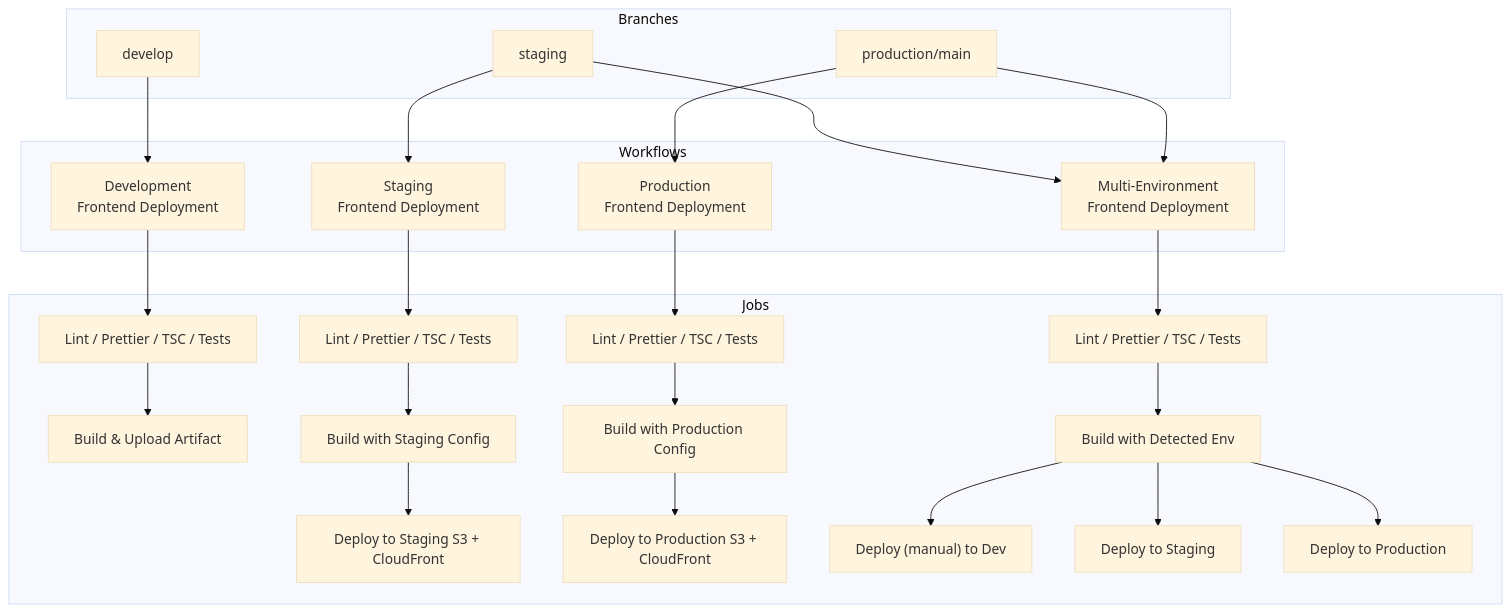
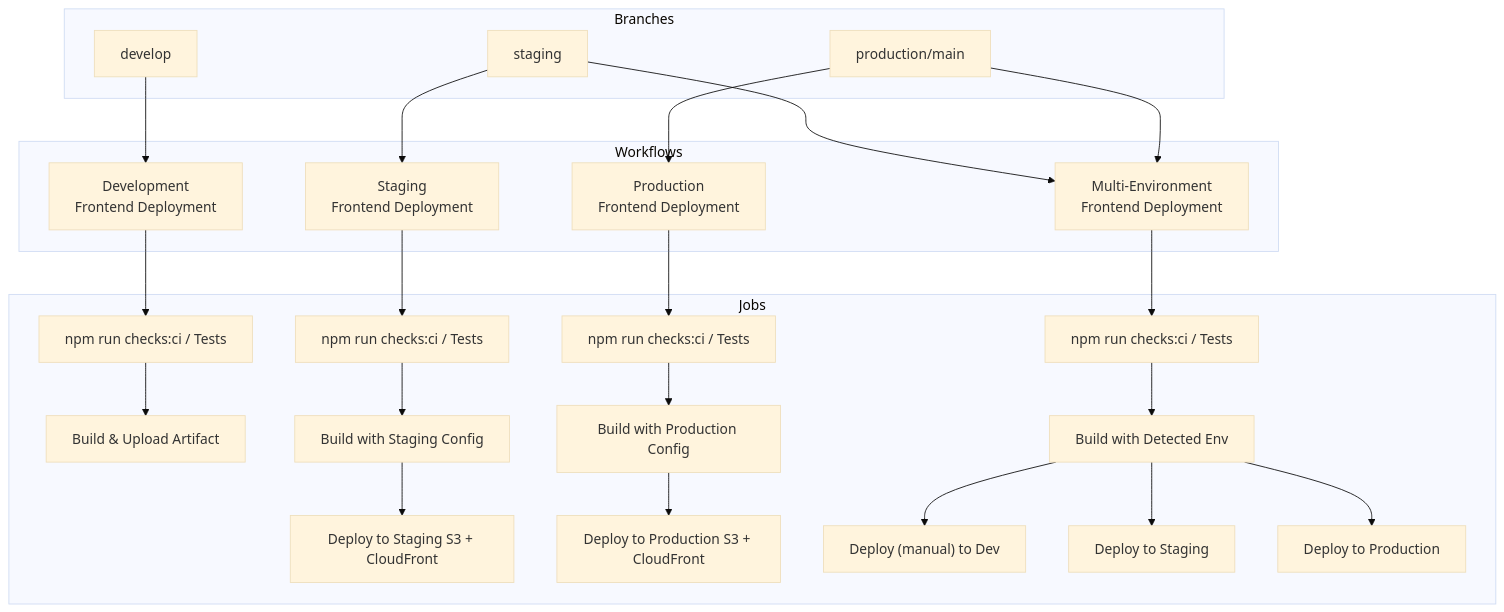
One commit to Allyvia-Teams/allyvia-frontend changed the diagram in WORKFLOW_SUMMARY.md. Above: the diagram before and after it, drawn with Mermaid (base theme). The commit also changed other lines of this file and 10 other files, not shown here.

````diff
--- a/WORKFLOW_SUMMARY.md
+++ b/WORKFLOW_SUMMARY.md
@@ -56,45 +56,45 @@
 ```mermaid
 flowchart TD
     subgraph Branches
         DEV[develop]
         STAGING[staging]
         PROD[production/main]
     end
 
     subgraph Workflows
         DEV_WF["Development<br/>Frontend Deployment"]
         STAGING_WF["Staging<br/>Frontend Deployment"]
         PROD_WF["Production<br/>Frontend Deployment"]
         MULTI_WF["Multi-Environment<br/>Frontend Deployment"]
     end
 
     DEV --> DEV_WF
     STAGING --> STAGING_WF
     PROD --> PROD_WF
     STAGING --> MULTI_WF
     PROD --> MULTI_WF
 
     subgraph Jobs
-        DEV_TEST["Lint / Prettier / TSC / Tests"]
+        DEV_TEST["npm run checks:ci / Tests"]
         DEV_BUILD["Build & Upload Artifact"]
-        STAGING_TEST["Lint / Prettier / TSC / Tests"]
+        STAGING_TEST["npm run checks:ci / Tests"]
         STAGING_BUILD["Build with Staging Config"]
         STAGING_DEPLOY["Deploy to Staging S3 + CloudFront"]
-        PROD_TEST["Lint / Prettier / TSC / Tests"]
+        PROD_TEST["npm run checks:ci / Tests"]
         PROD_BUILD["Build with Production Config"]
         PROD_DEPLOY["Deploy to Production S3 + CloudFront"]
-        MULTI_TEST["Lint / Prettier / TSC / Tests"]
+        MULTI_TEST["npm run checks:ci / Tests"]
         MULTI_BUILD["Build with Detected Env"]
         MULTI_DEPLOY_DEV["Deploy (manual) to Dev"]
         MULTI_DEPLOY_STAGING["Deploy to Staging"]
         MULTI_DEPLOY_PROD["Deploy to Production"]
     end
 
     DEV_WF --> DEV_TEST --> DEV_BUILD
     STAGING_WF --> STAGING_TEST --> STAGING_BUILD --> STAGING_DEPLOY
     PROD_WF --> PROD_TEST --> PROD_BUILD --> PROD_DEPLOY
     MULTI_WF --> MULTI_TEST --> MULTI_BUILD
     MULTI_BUILD --> MULTI_DEPLOY_DEV
     MULTI_BUILD --> MULTI_DEPLOY_STAGING
     MULTI_BUILD --> MULTI_DEPLOY_PROD
 ```
````
